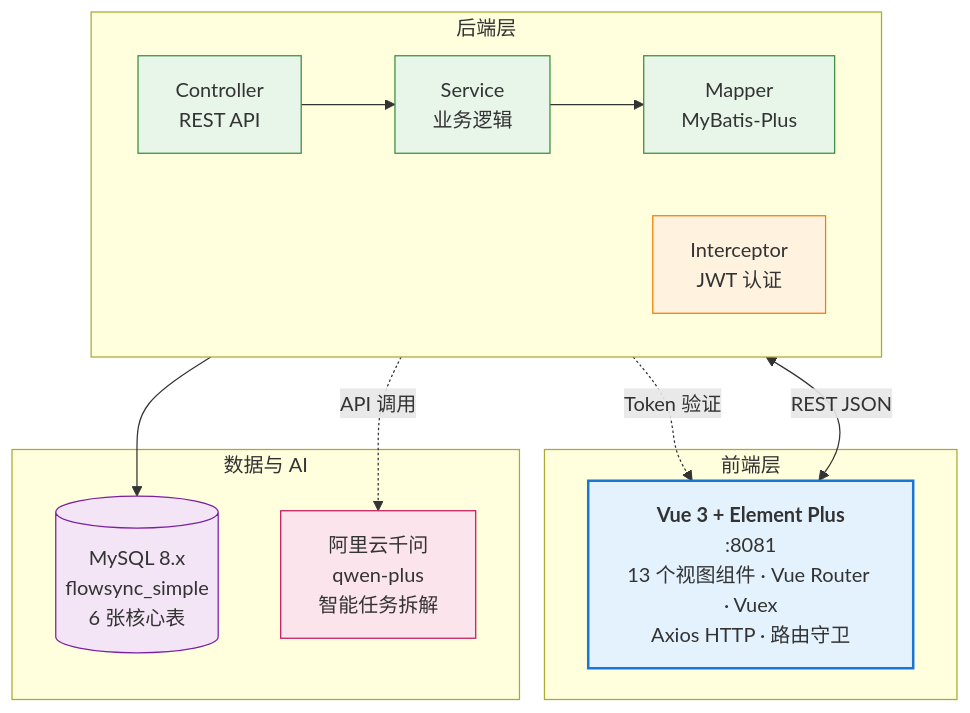
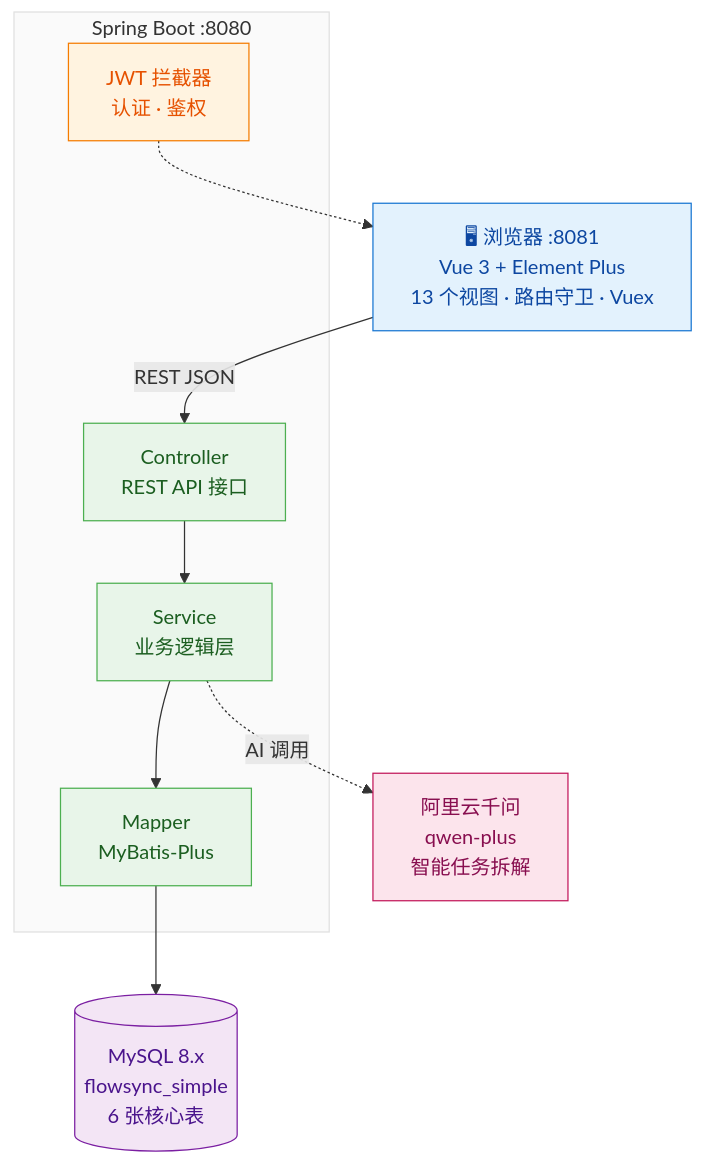
The first of 2 diagrams in README.md (Ravier-Xring/FlowSync), drawn with Mermaid before and after one commit. The commit also changed other lines of this file, not shown here.

Commit message:
docs: 简化 README，修复 Mermaid 渲染问题，提升可读性

````diff
--- a/README.md
+++ b/README.md
@@ -25,32 +19,23 @@
 ```mermaid
 graph TB
-    subgraph 前端层[" 前端层 "]
-        A["<b>Vue 3 + Element Plus</b><br/>:8081<br/>13 个视图组件 · Vue Router · Vuex<br/>Axios HTTP · 路由守卫"]
+    Browser["🖥 浏览器 :8081<br/>Vue 3 + Element Plus<br/>13 个视图 · 路由守卫 · Vuex"] -->|"REST JSON"| API
+
+    subgraph Backend["Spring Boot :8080"]
+        API["Controller<br/>REST API 接口"] --> Svc["Service<br/>业务逻辑层"]
+        Svc --> Mapper["Mapper<br/>MyBatis-Plus"]
+        Auth["JWT 拦截器<br/>认证 · 鉴权"]
     end
 
-    subgraph 后端层[" 后端层 "]
-        direction LR
-        B1["Controller<br/>REST API"]
-        B2["Service<br/>业务逻辑"]
-        B3["Mapper<br/>MyBatis-Plus"]
-        B4["Interceptor<br/>JWT 认证"]
-    end
+    Mapper --> DB[("MySQL 8.x<br/>flowsync_simple<br/>6 张核心表")]
+    Svc -.->|"AI 调用"| Qwen["阿里云千问<br/>qwen-plus<br/>智能任务拆解"]
+    Auth -.-> Browser
 
-    subgraph 数据与AI[" 数据与 AI "]
-        C[("MySQL 8.x<br/>flowsync_simple<br/>6 张核心表")]
-        D["阿里云千问<br/>qwen-plus<br/>智能任务拆解"]
-    end
-
-    A <-->|REST JSON| B1
-    B1 --> B2 --> B3 --> C
-    B2 -.->|API 调用| D
-    B4 -.->|Token 验证| A
-
-    style A fill:#e3f2fd,stroke:#1976d2,stroke-width:2px
-    style B1 fill:#e8f5e9,stroke:#388e3c
-    style B2 fill:#e8f5e9,stroke:#388e3c
-    style B3 fill:#e8f5e9,stroke:#388e3c
-    style B4 fill:#fff3e0,stroke:#f57c00
-    style C fill:#f3e5f5,stroke:#7b1fa2
-    style D fill:#fce4ec,stroke:#c2185b
+    style Browser fill:#e3f2fd,stroke:#1976d2,color:#0d47a1
+    style API fill:#e8f5e9,stroke:#4caf50,color:#1b5e20
+    style Svc fill:#e8f5e9,stroke:#4caf50,color:#1b5e20
+    style Mapper fill:#e8f5e9,stroke:#4caf50,color:#1b5e20
+    style Auth fill:#fff3e0,stroke:#f57c00,color:#e65100
+    style DB fill:#f3e5f5,stroke:#7b1fa2,color:#4a148c
+    style Qwen fill:#fce4ec,stroke:#c2185b,color:#880e4f
+    style Backend fill:#fafafa,stroke:#e0e0e0,color:#333
 ```
````
